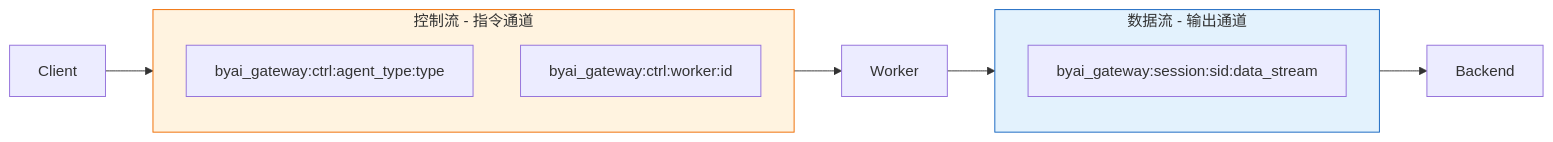
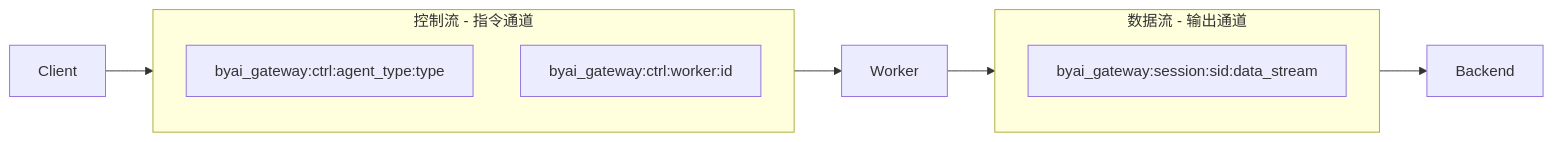
One commit to beyonai/by-framework-docs changed the second of 5 diagrams in docs/architecture/data-flow.md. Above: the diagram before and after it, drawn with Mermaid. The commit also changed other lines of this file and 46 other files, not shown here.

````diff
--- a/docs/architecture/data-flow.md
+++ b/docs/architecture/data-flow.md
@@ -31,21 +29,19 @@
 ```mermaid
 graph LR
     subgraph LayerCtrl ["控制流 - 指令通道"]
         direction TB
         CS1["byai_gateway:ctrl:agent_type:type"]
         CS2["byai_gateway:ctrl:worker:id"]
     end
 
     subgraph LayerData ["数据流 - 输出通道"]
         direction TB
         DS["byai_gateway:session:sid:data_stream"]
     end
 
     Client["Client"] --> LayerCtrl
     LayerCtrl --> Worker["Worker"]
     Worker --> LayerData
     LayerData --> Consumer["Backend"]
 
-    style LayerCtrl fill:#fff3e0,stroke:#ef6c00
-    style LayerData fill:#e3f2fd,stroke:#1565c0
 ```
````
